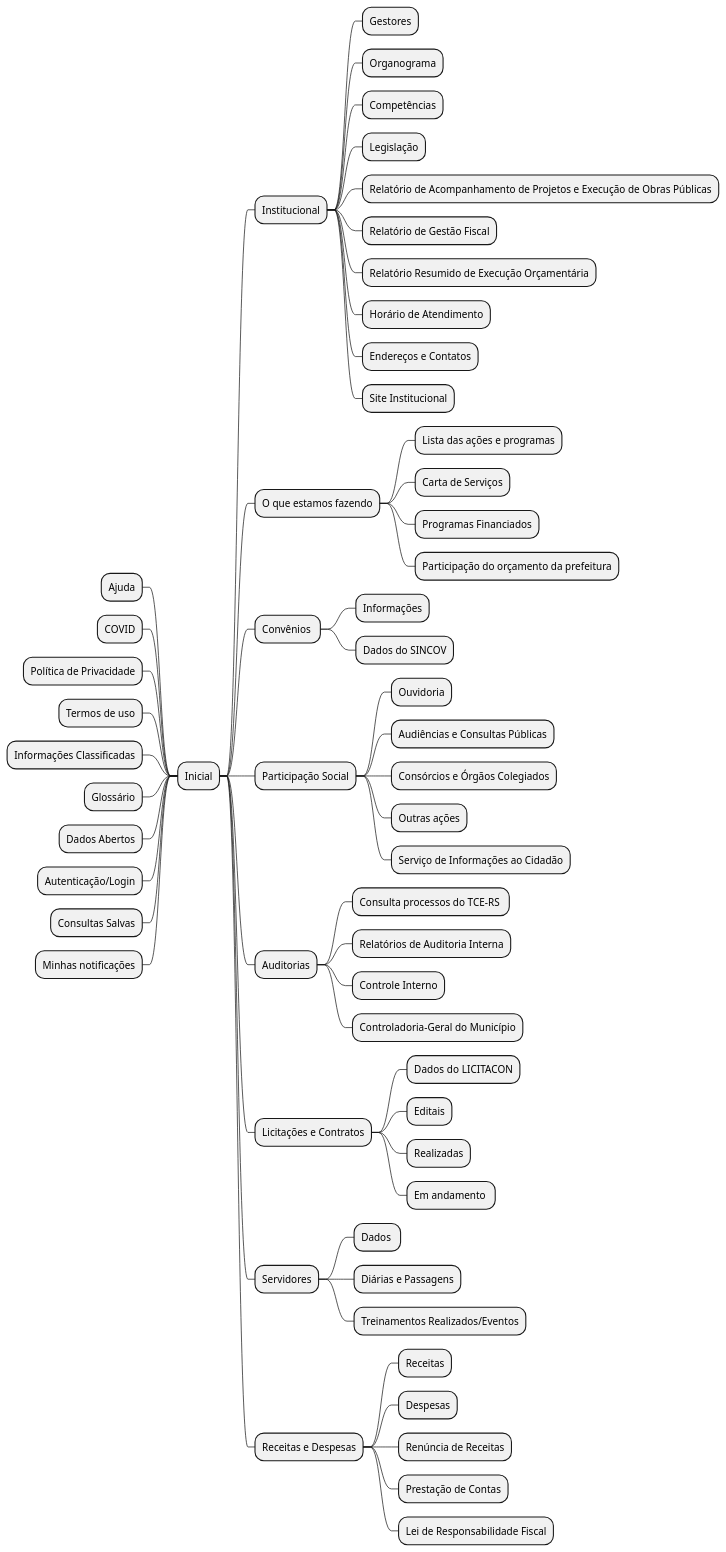
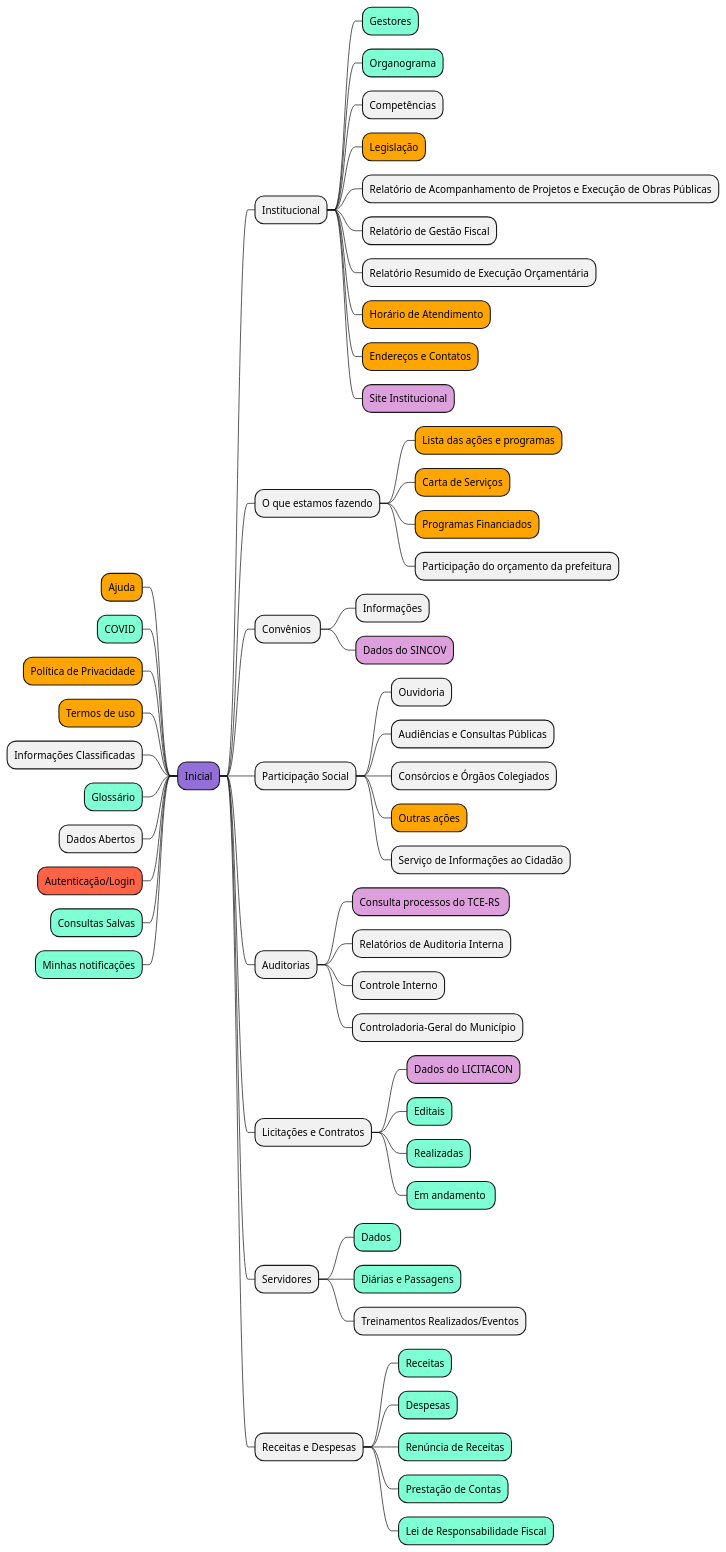
Before and after one commit to paulamuhlbach/taf: the diagram in Analise/mapa-site.wsd, drawn with PlantUML. The commit also changed 3 other files, not shown here.

```diff
--- a/Analise/mapa-site.wsd
+++ b/Analise/mapa-site.wsd
@@ -1,58 +1,58 @@
 @startmindmap mapasite
-+ Inicial
++[#MediumPurple] Inicial
 ++ Institucional
-+++ Gestores
-+++ Organograma
++++[#Aquamarine] Gestores
++++[#Aquamarine] Organograma
 +++ Competências
-+++ Legislação
++++[#Orange] Legislação
 +++ Relatório de Acompanhamento de Projetos e Execução de Obras Públicas
 +++ Relatório de Gestão Fiscal
 +++ Relatório Resumido de Execução Orçamentária
-+++ Horário de Atendimento
-+++ Endereços e Contatos
-+++ Site Institucional
++++[#Orange] Horário de Atendimento
++++[#Orange] Endereços e Contatos
++++[#plum] Site Institucional
 ++ O que estamos fazendo
-+++ Lista das ações e programas
-+++ Carta de Serviços
-+++ Programas Financiados
++++[#Orange] Lista das ações e programas
++++[#Orange] Carta de Serviços
++++[#Orange] Programas Financiados
 +++ Participação do orçamento da prefeitura
 ++ Convênios 
 +++ Informações
-+++ Dados do SINCOV
++++[#plum] Dados do SINCOV
 ++ Participação Social
 +++  Ouvidoria
 +++  Audiências e Consultas Públicas
 +++  Consórcios e Órgãos Colegiados
-+++  Outras ações
++++[#Orange]  Outras ações
 +++  Serviço de Informações ao Cidadão
 ++ Auditorias
-+++  Consulta processos do TCE-RS 
++++[#plum]  Consulta processos do TCE-RS 
 +++  Relatórios de Auditoria Interna
 +++  Controle Interno
 +++  Controladoria-Geral do Município
 ++ Licitações e Contratos
-+++  Dados do LICITACON
-+++  Editais
-+++  Realizadas
-+++  Em andamento 
++++[#plum]  Dados do LICITACON
++++[#Aquamarine]  Editais
++++[#Aquamarine]  Realizadas
++++[#Aquamarine]  Em andamento 
 ++ Servidores
-+++  Dados 
-+++  Diárias e Passagens
++++[#Aquamarine]  Dados 
++++[#Aquamarine]  Diárias e Passagens
 +++  Treinamentos Realizados/Eventos
 ++ Receitas e Despesas
-+++  Receitas
-+++  Despesas
-+++  Renúncia de Receitas
-+++  Prestação de Contas
-+++  Lei de Responsabilidade Fiscal
--- Ajuda
--- COVID
--- Política de Privacidade
--- Termos de uso
++++[#Aquamarine]  Receitas
++++[#Aquamarine]  Despesas
++++[#Aquamarine]  Renúncia de Receitas
++++[#Aquamarine]  Prestação de Contas
++++[#Aquamarine]  Lei de Responsabilidade Fiscal
+--[#Orange] Ajuda
+--[#Aquamarine] COVID
+--[#Orange] Política de Privacidade
+--[#Orange] Termos de uso
 -- Informações Classificadas
--- Glossário
+--[#Aquamarine] Glossário
 -- Dados Abertos
--- Autenticação/Login
--- Consultas Salvas
--- Minhas notificações
+--[#Tomato] Autenticação/Login
+--[#Aquamarine] Consultas Salvas
+--[#Aquamarine] Minhas notificações
 @endmindmap
```
